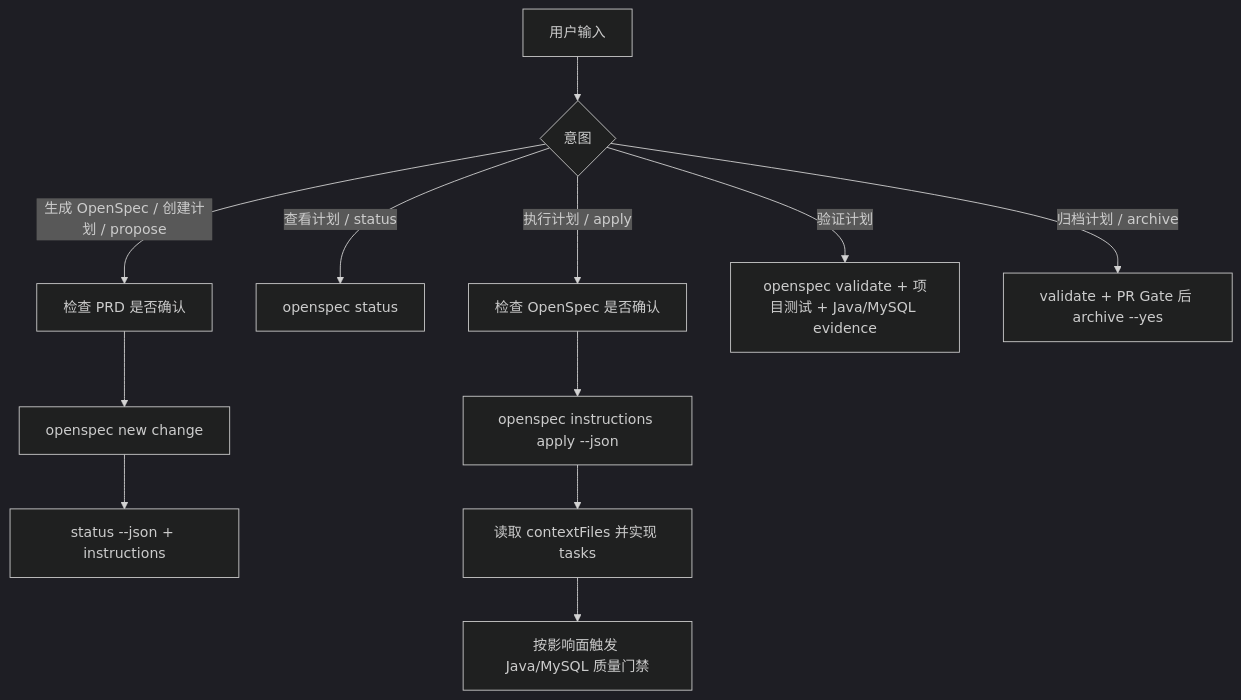
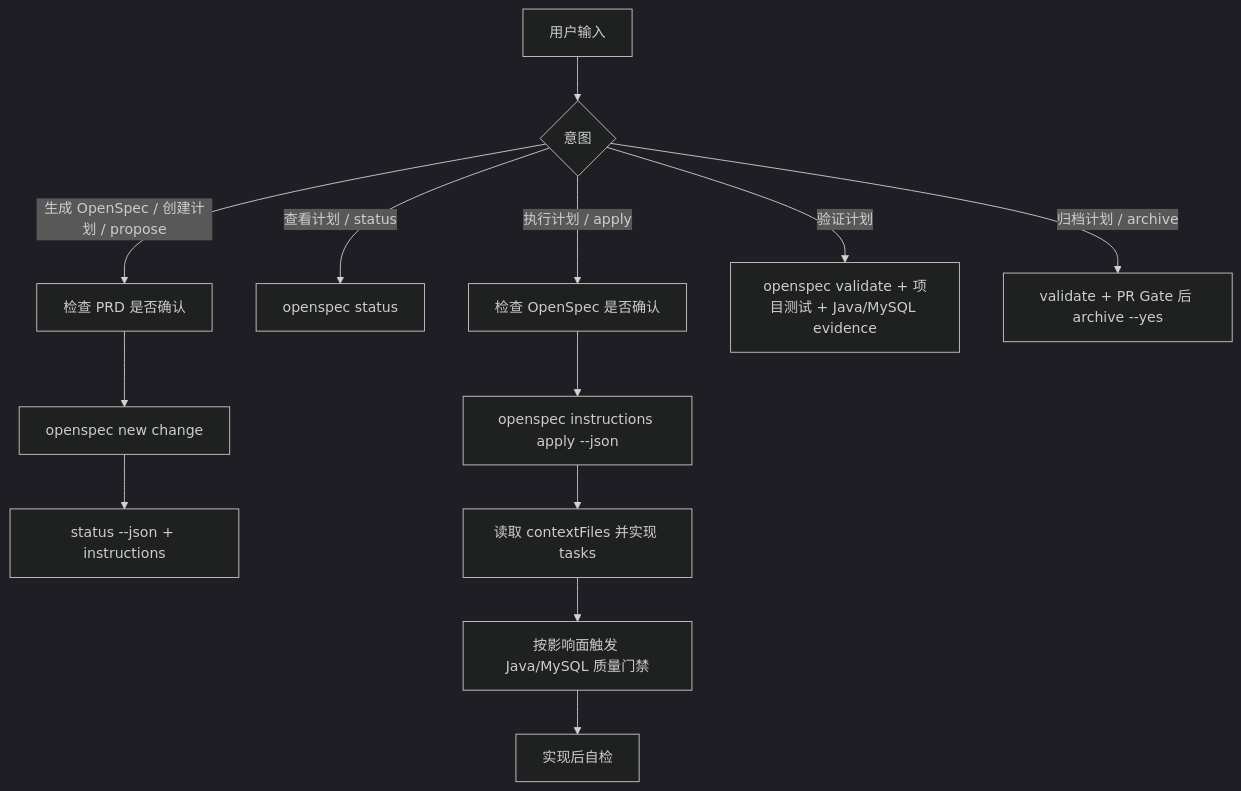
The fourth of 6 diagrams in 流程图.md (WealthyMan95/hades-openspec-java-workflow), drawn with Mermaid (dark theme) before and after one commit. The commit also changed other lines of this file and 23 other files, not shown here.

````diff
--- a/流程图.md
+++ b/流程图.md
@@ -78,14 +82,15 @@
 ```mermaid
 flowchart TD
   A["用户输入"] --> B{"意图"}
   B -- "生成 OpenSpec / 创建计划 / propose" --> C["检查 PRD 是否确认"]
   C --> D["openspec new change"]
   D --> E["status --json + instructions"]
   B -- "查看计划 / status" --> F["openspec status"]
   B -- "执行计划 / apply" --> G["检查 OpenSpec 是否确认"]
   G --> H["openspec instructions apply --json"]
   H --> I["读取 contextFiles 并实现 tasks"]
   I --> I1["按影响面触发 Java/MySQL 质量门禁"]
+  I1 --> I2["实现后自检"]
   B -- "验证计划" --> J["openspec validate + 项目测试 + Java/MySQL evidence"]
   B -- "归档计划 / archive" --> K["validate + PR Gate 后 archive --yes"]
 ```
````
